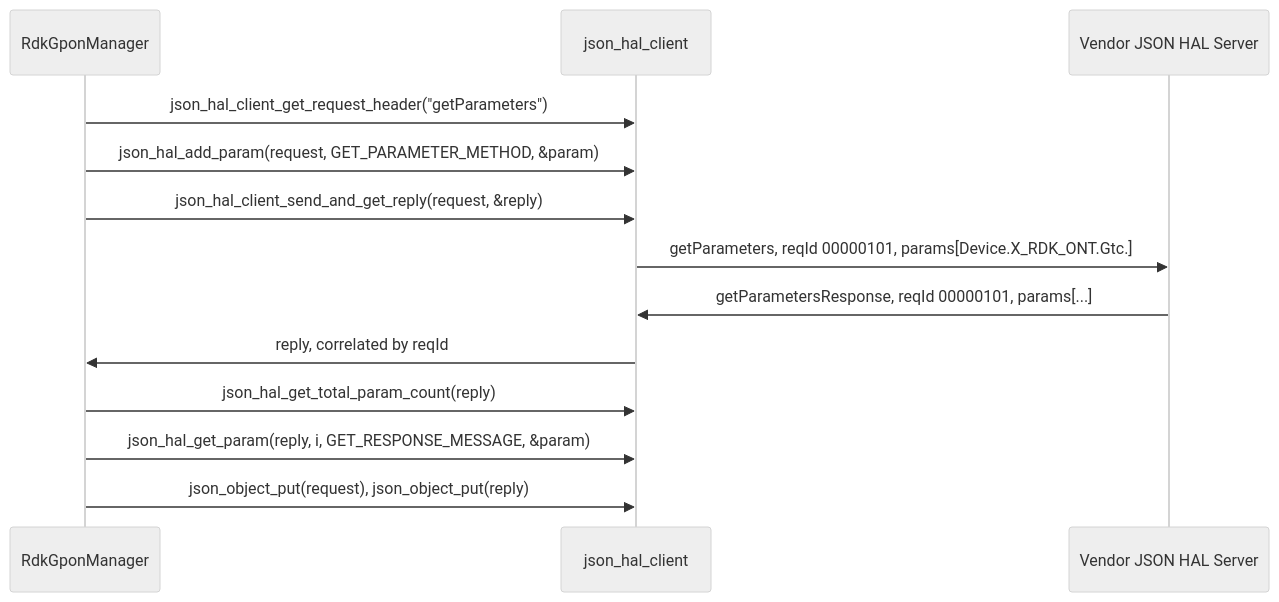
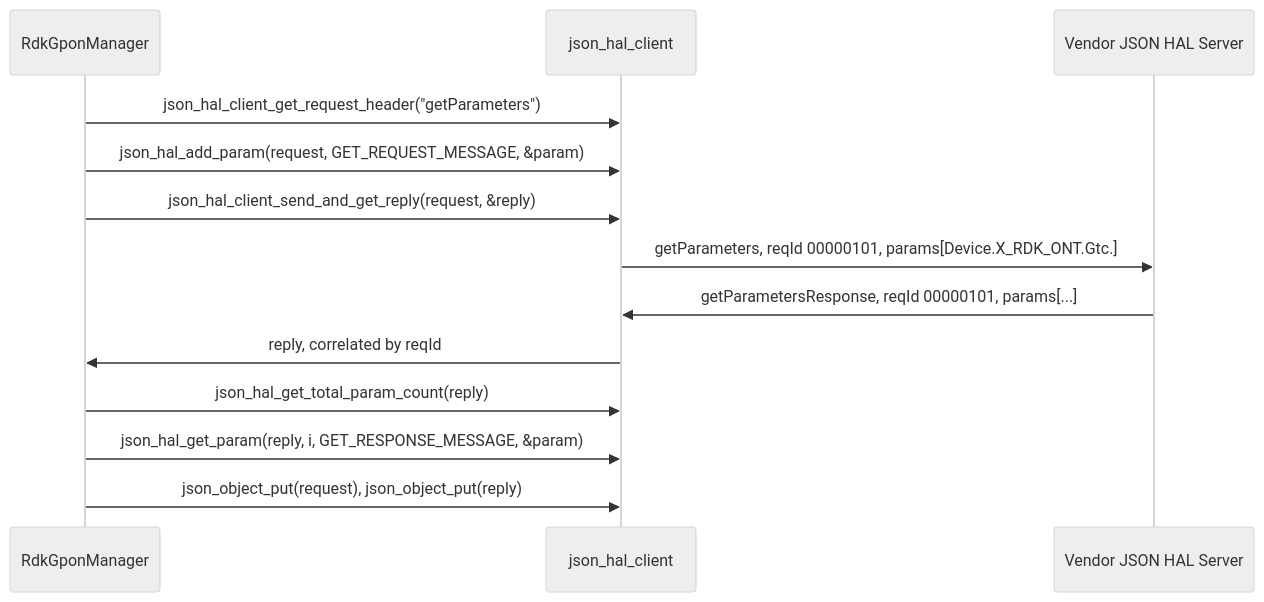
One commit to Blitzy-Sky/gpon-manager changed the first of 2 diagrams in docs/pages/halSpecDetailed.md. Above: the diagram before and after it, drawn with Mermaid (neutral theme). The commit also changed other lines of this file and 3 other files, not shown here.

````diff
--- a/docs/pages/halSpecDetailed.md
+++ b/docs/pages/halSpecDetailed.md
@@ -586,15 +585,15 @@
 ```mermaid
 sequenceDiagram
     participant Mgr as RdkGponManager
     participant Cli as json_hal_client
     participant Srv as Vendor JSON HAL Server
     Mgr->>Cli: json_hal_client_get_request_header("getParameters")
-    Mgr->>Cli: json_hal_add_param(request, GET_PARAMETER_METHOD, &param)
+    Mgr->>Cli: json_hal_add_param(request, GET_REQUEST_MESSAGE, &param)
     Mgr->>Cli: json_hal_client_send_and_get_reply(request, &reply)
     Cli->>Srv: getParameters, reqId 00000101, params[Device.X_RDK_ONT.Gtc.]
     Srv->>Cli: getParametersResponse, reqId 00000101, params[...]
     Cli->>Mgr: reply, correlated by reqId
     Mgr->>Cli: json_hal_get_total_param_count(reply)
     Mgr->>Cli: json_hal_get_param(reply, i, GET_RESPONSE_MESSAGE, &param)
     Mgr->>Cli: json_object_put(request), json_object_put(reply)
 ```
````
